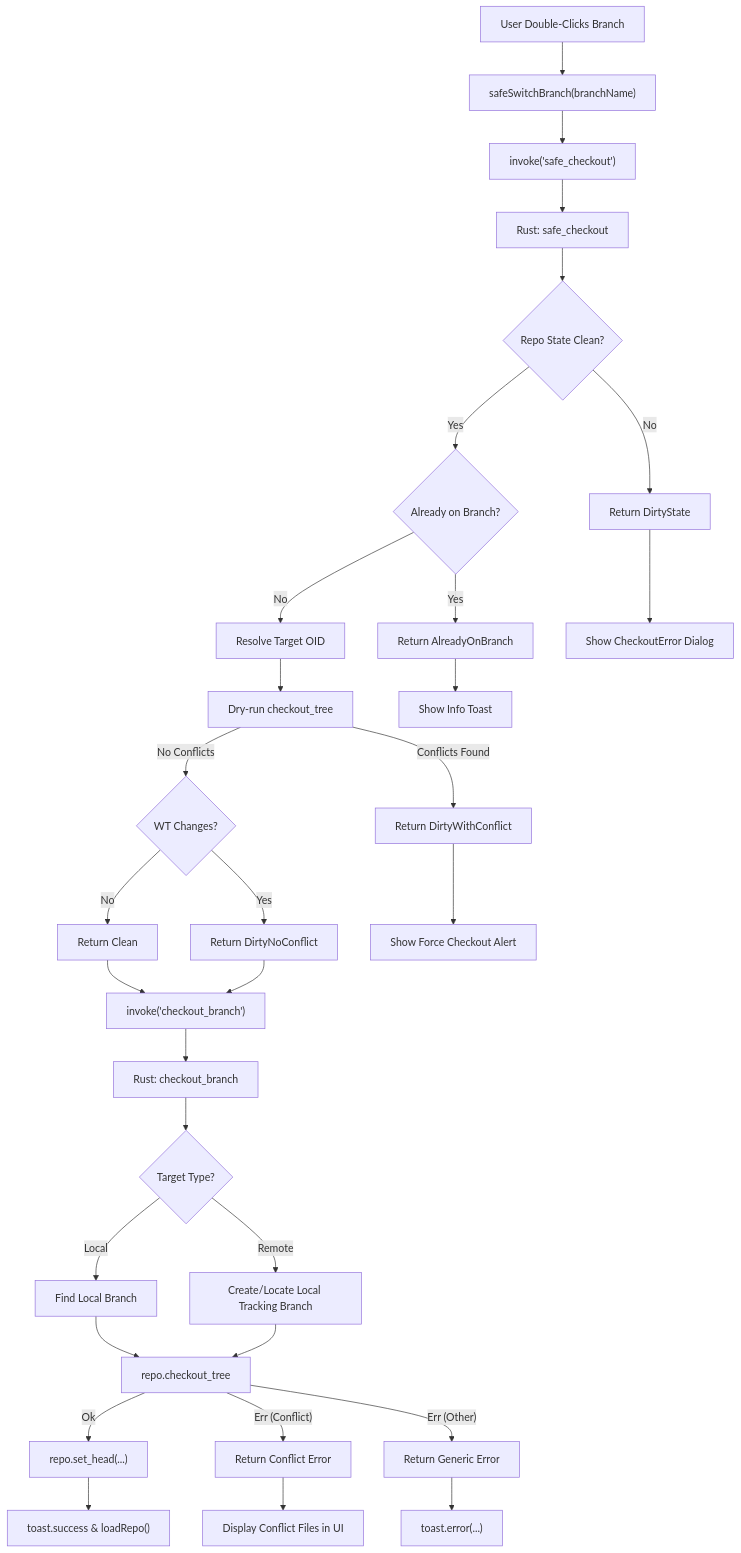
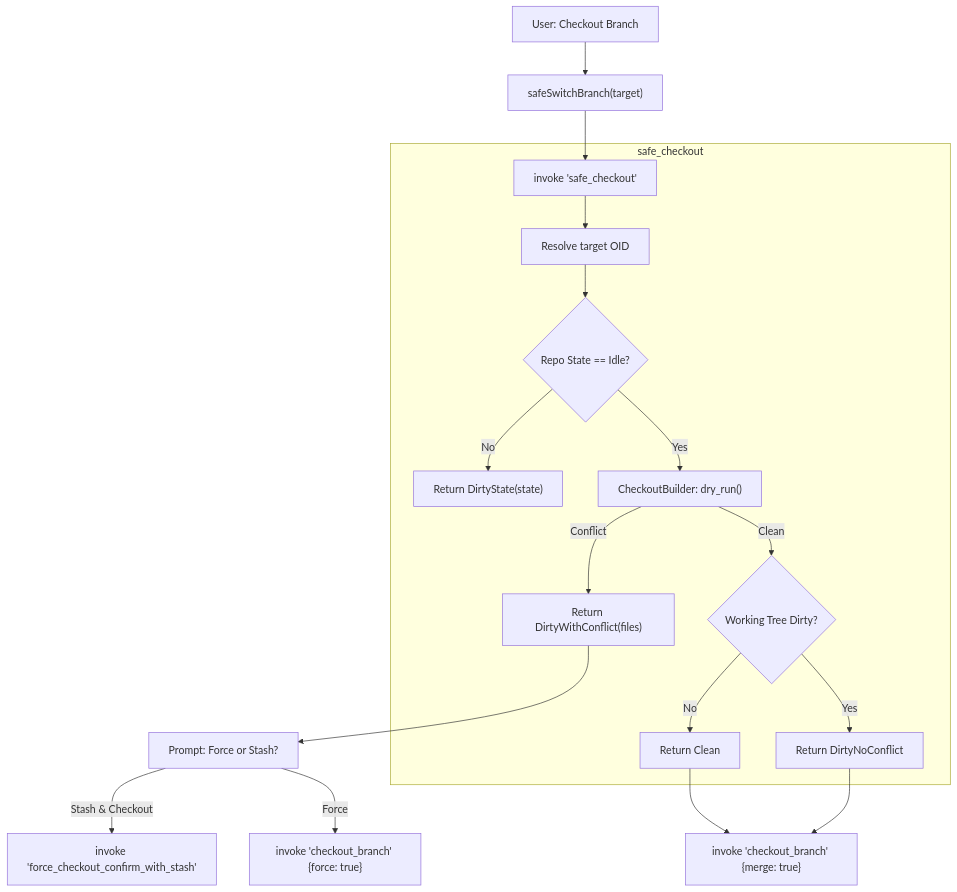
The fourth of 6 diagrams in docs/user_flow.md (TrungHieu0107/git-helper), drawn with Mermaid before and after one commit. The commit also changed other lines of this file and 2 other files, not shown here.

Commit message:
docs: ultra-detailed technical mapping of user flows

````diff
--- a/docs/user_flow.md
+++ b/docs/user_flow.md
@@ -97,49 +135,25 @@
 ```mermaid
-graph TD
-    %% Frontend Entry
-    User_Action["User Double-Clicks Branch"] --> UI_Trigger["safeSwitchBranch(branchName)"]
-    UI_Trigger --> Invoke_Safe["invoke('safe_checkout')"]
+flowchart TD
+    User["User: Checkout Branch"] --> Guard["safeSwitchBranch(target)"]
+    Guard --> SafeCall["invoke 'safe_checkout'"]
+    
+    subgraph Rust_Validation [safe_checkout]
+        SafeCall --> Discover["Resolve target OID"]
+        Discover --> StateCheck{"Repo State == Idle?"}
+        StateCheck -- "No" --> ReturnDirtyState["Return DirtyState(state)"]
+        
+        StateCheck -- "Yes" --> DryRun["CheckoutBuilder: dry_run()"]
+        DryRun -- "Conflict" --> ReturnConflict["Return DirtyWithConflict(files)"]
+        DryRun -- "Clean" --> WTCheck{"Working Tree Dirty?"}
+        
+        WTCheck -- "No" --> ReturnClean["Return Clean"]
+        WTCheck -- "Yes" --> ReturnDirtyNo["Return DirtyNoConflict"]
+    end
 
-    %% Backend Validation (safe_checkout)
-    Invoke_Safe --> Rust_Safe["Rust: safe_checkout"]
-    Rust_Safe --> Check_State{"Repo State Clean?"}
+    ReturnClean --> DoCheckout["invoke 'checkout_branch' {merge: true}"]
+    ReturnDirtyNo --> DoCheckout
+    ReturnConflict --> Alert["Prompt: Force or Stash?"]
     
-    Check_State -- "No" --> Result_DirtyState["Return DirtyState"]
-    Check_State -- "Yes" --> Check_Current{"Already on Branch?"}
-    
-    Check_Current -- "Yes" --> Result_AlreadyOn["Return AlreadyOnBranch"]
-    Check_Current -- "No" --> Resolve_Target["Resolve Target OID"]
-    
-    Resolve_Target --> DryRun_Checkout["Dry-run checkout_tree"]
-    DryRun_Checkout -- "Conflicts Found" --> Result_Conflict["Return DirtyWithConflict"]
-    DryRun_Checkout -- "No Conflicts" --> Check_WT{"WT Changes?"}
-    
-    Check_WT -- "No" --> Result_Clean["Return Clean"]
-    Check_WT -- "Yes" --> Result_DirtyNoConflict["Return DirtyNoConflict"]
-
-    %% Frontend Decision Logic
-    Result_AlreadyOn --> Toast_Info["Show Info Toast"]
-    Result_DirtyState --> UI_Error["Show CheckoutError Dialog"]
-    Result_Conflict --> UI_Confirm["Show Force Checkout Alert"]
-    
-    Result_Clean --> Invoke_Checkout["invoke('checkout_branch')"]
-    Result_DirtyNoConflict --> Invoke_Checkout
-
-    %% Backend Execution (checkout_branch)
-    Invoke_Checkout --> Rust_Exec["Rust: checkout_branch"]
-    Rust_Exec --> Exec_Target{"Target Type?"}
-    
-    Exec_Target -- "Local" --> Local_Flow["Find Local Branch"]
-    Exec_Target -- "Remote" --> Remote_Flow["Create/Locate Local Tracking Branch"]
-    
-    Local_Flow --> Final_Checkout["repo.checkout_tree"]
-    Remote_Flow --> Final_Checkout
-    
-    Final_Checkout -- "Ok" --> Set_Head["repo.set_head(...)"]
-    Final_Checkout -- "Err (Conflict)" --> Error_Conflict["Return Conflict Error"]
-    Final_Checkout -- "Err (Other)" --> Error_Generic["Return Generic Error"]
-    
-    Set_Head --> UI_Success["toast.success & loadRepo()"]
-    Error_Conflict --> UI_Error_Display["Display Conflict Files in UI"]
-    Error_Generic --> UI_Toast_Err["toast.error(...)"]
+    Alert -- "Stash & Checkout" --> StashFlow["invoke 'force_checkout_confirm_with_stash'"]
+    Alert -- "Force" --> ForceFlow["invoke 'checkout_branch' {force: true}"]
 ```
````
